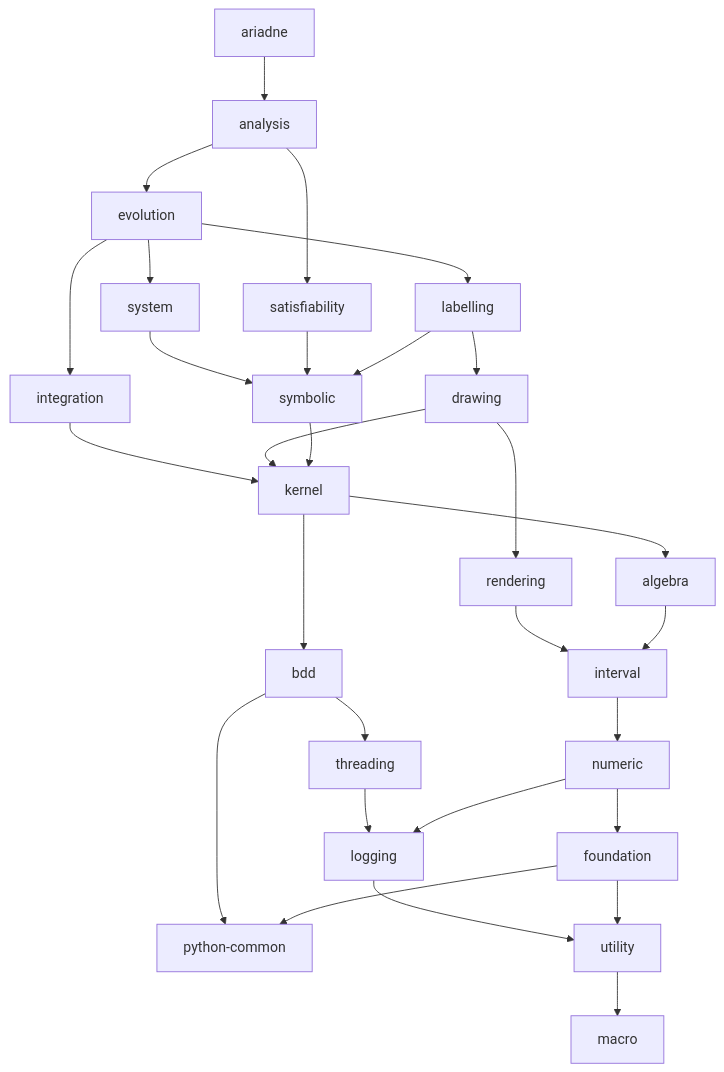
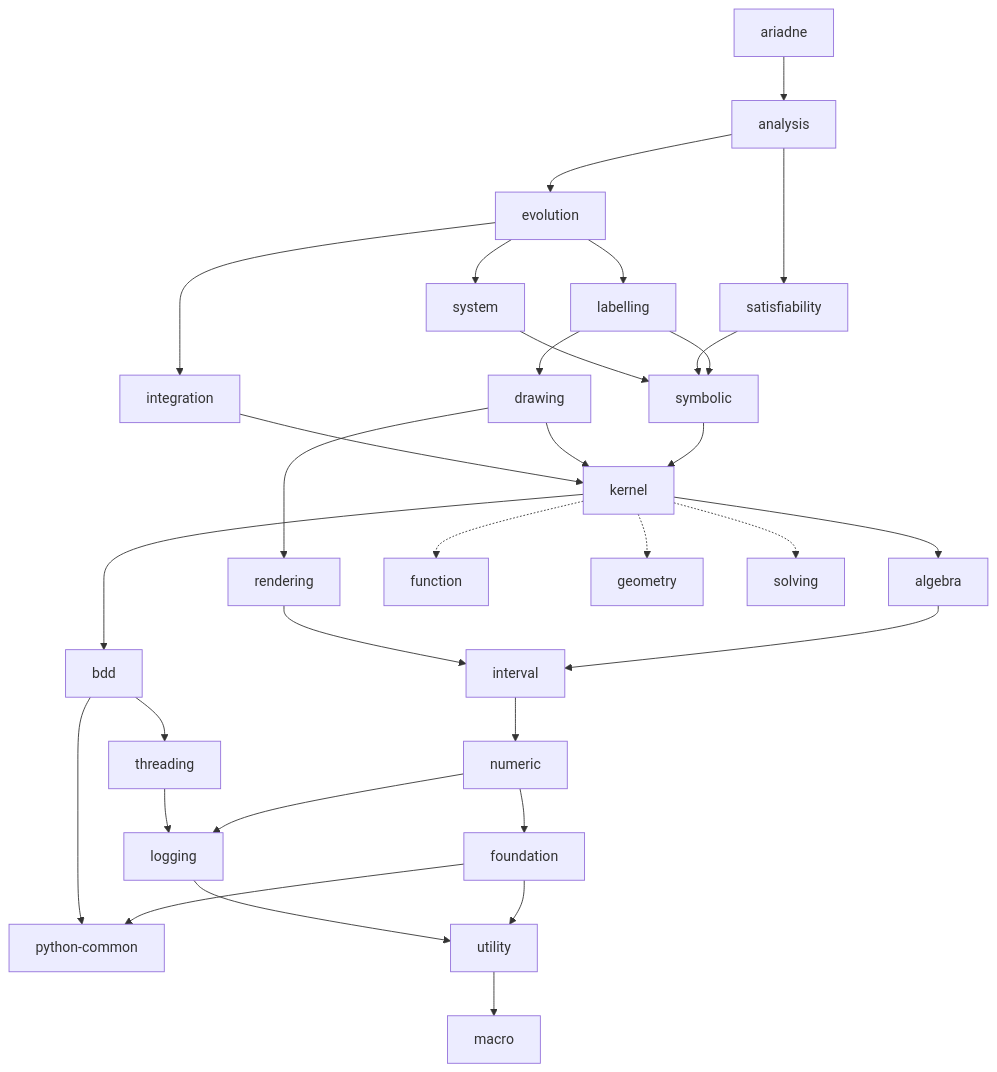
The diagram in doc/decoupling/structure.md (ariadne-cps/ariadne), drawn with Mermaid before and after one commit. The commit also changed other lines of this file, not shown here.

Commit message:
docs: restore kernel internal module nodes

````diff
--- a/doc/decoupling/structure.md
+++ b/doc/decoupling/structure.md
@@ -38,43 +38,47 @@
 ```mermaid
 graph TD
     ariadne --> analysis
 
     analysis --> evolution
     analysis --> satisfiability
 
     evolution --> integration
     evolution --> system
     evolution --> labelling
 
     integration --> kernel
 
     system --> symbolic
 
     satisfiability --> symbolic
 
     labelling --> symbolic
     labelling --> drawing
 
     drawing --> rendering
     drawing --> kernel
 
     symbolic --> kernel
 
     kernel --> bdd & algebra
+    kernel -.-> function
+    kernel -.-> geometry
+    kernel -.-> solving
+
     rendering --> interval
 
     bdd --> threading
     bdd --> python_common["python-common"]
 
     threading --> logging
     logging --> utility
     utility --> macro
 
     algebra --> interval
     interval --> numeric
     numeric --> foundation
     numeric --> logging
 
     foundation --> utility
     foundation --> python_common
 ```
````
